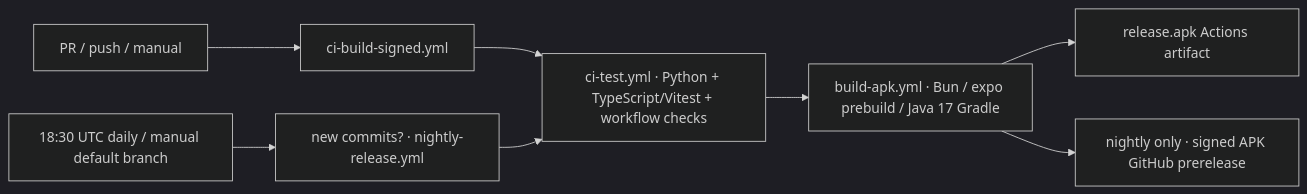
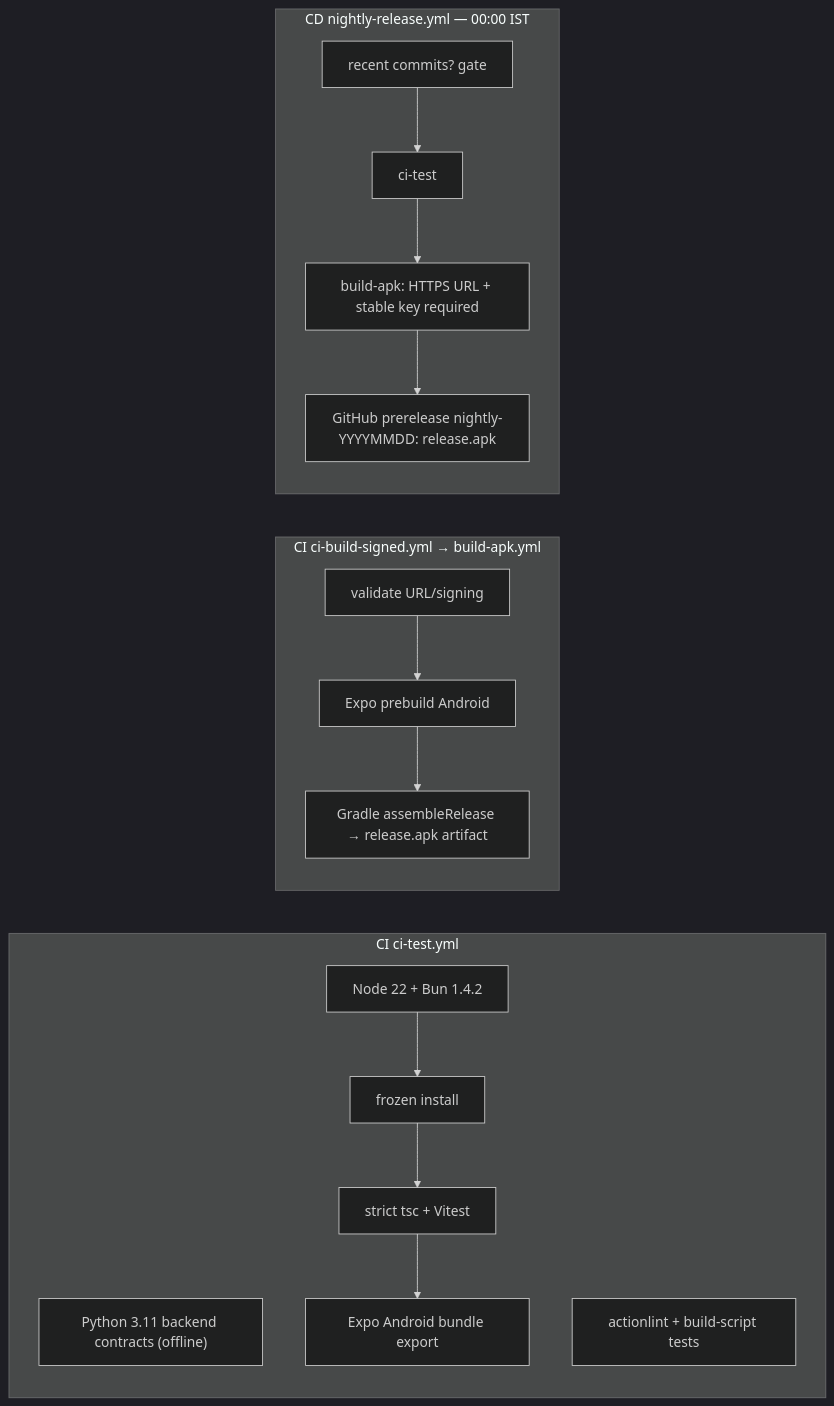
The sixth of 7 diagrams in ARCHITECTURE.md (omsenjalia/weathergpt-android), drawn with Mermaid (dark theme) before and after one commit. The commit also changed other lines of this file and 3 other files, not shown here.

````diff
--- a/ARCHITECTURE.md
+++ b/ARCHITECTURE.md
@@ -262,10 +697,19 @@
 ```mermaid
-flowchart LR
-  PR["PR / push / manual"] --> CI["ci-build-signed.yml"]
-  CI --> Tests["ci-test.yml · Python + TypeScript/Vitest + workflow checks"]
-  Tests --> APK["build-apk.yml · Bun / expo prebuild / Java 17 Gradle"]
-  APK --> Artifact["release.apk Actions artifact"]
-  Schedule["18:30 UTC daily / manual default branch"] --> Gate["new commits? · nightly-release.yml"]
-  Gate --> Tests
-  APK --> Release["nightly only · signed APK GitHub prerelease"]
+graph LR
+    subgraph "CI ci-test.yml"
+        T0["Python 3.11 backend contracts (offline)"]
+        T1["Node 22 + Bun 1.4.2"] --> T2["frozen install"]
+        T2 --> T3["strict tsc + Vitest"]
+        T3 --> T4["Expo Android bundle export"]
+        T5["actionlint + build-script tests"]
+    end
+    subgraph "CI ci-build-signed.yml → build-apk.yml"
+        A1["validate URL/signing"] --> A2["Expo prebuild Android"]
+        A2 --> A3["Gradle assembleRelease → release.apk artifact"]
+    end
+    subgraph "CD nightly-release.yml — 00:00 IST"
+        N1["recent commits? gate"] --> N2["ci-test"]
+        N2 --> N3["build-apk: HTTPS URL + stable key required"]
+        N3 --> N4["GitHub prerelease nightly-YYYYMMDD: release.apk"]
+    end
 ```
````
